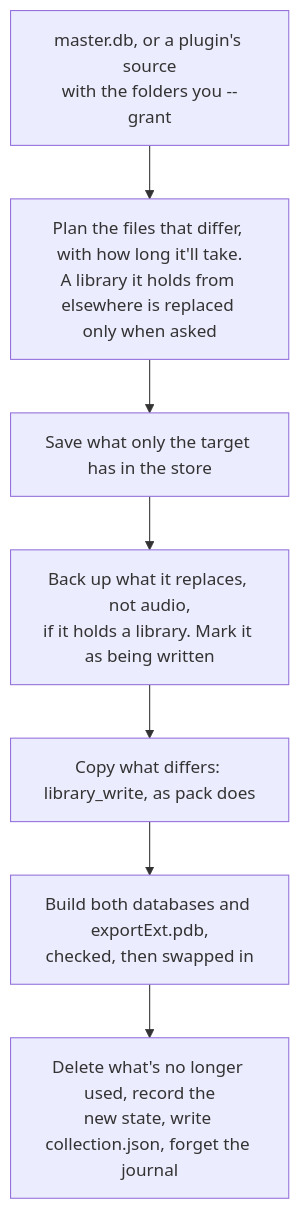
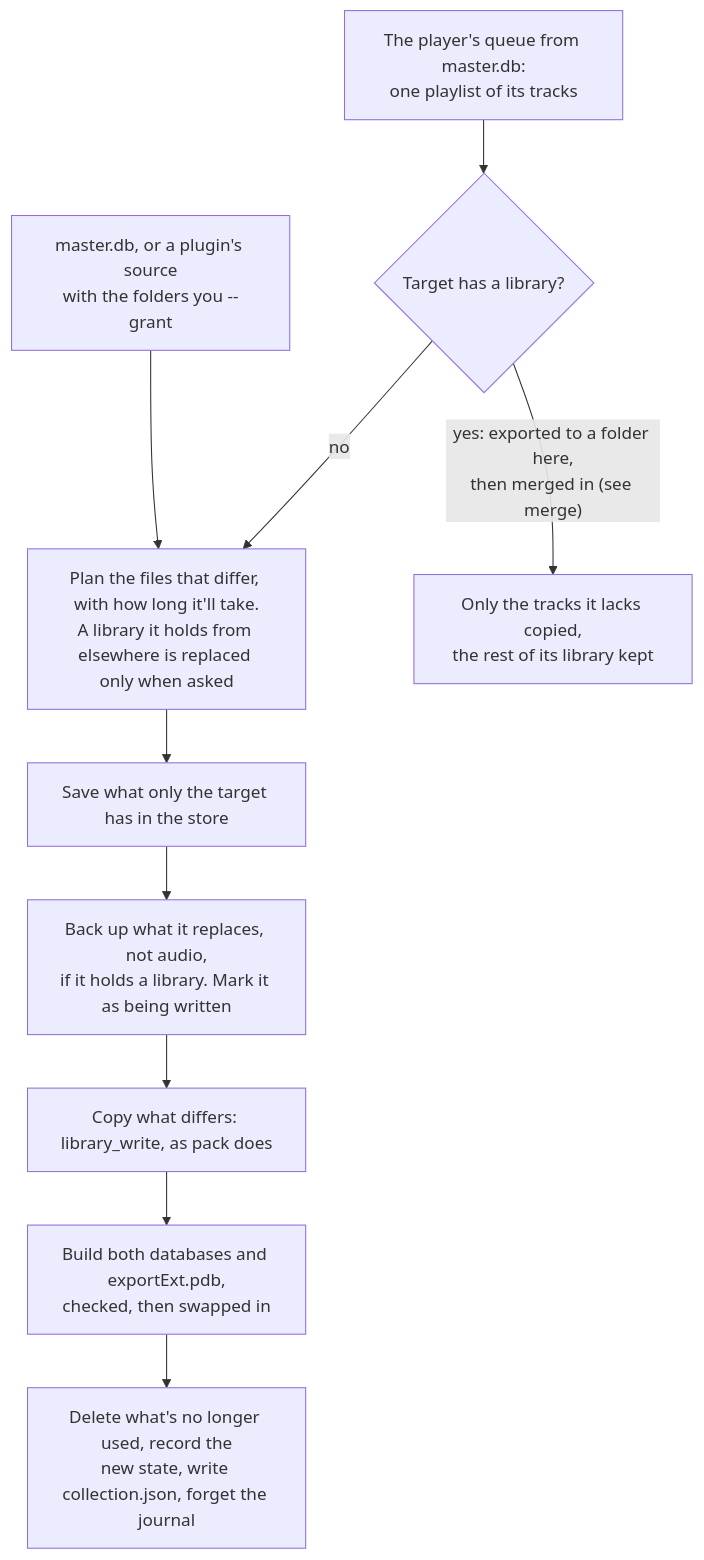
Before and after one commit to cutenode/localnetwork: the fifth of 10 diagrams in apps/locallibrary/docs/diagrams/data.md, drawn with Mermaid. The commit also changed 2 other files, not shown here.

Commit message:
docs(locallibrary): draw adding the collection's queue to a drive

````diff
--- a/apps/locallibrary/docs/diagrams/data.md
+++ b/apps/locallibrary/docs/diagrams/data.md
@@ -98,9 +98,12 @@
 ```mermaid
 flowchart TD
     source["master.db, or a plugin's source<br/>with the folders you --grant"] --> plan["Plan the files that differ, with how long it'll take.<br/>A library it holds from elsewhere is replaced only when asked"]
+    queue["The player's queue from master.db:<br/>one playlist of its tracks"] --> has{"Target has a library?"}
+    has -->|no| plan
+    has -->|"yes: exported to a folder here,<br/>then merged in (see merge)"| merged["Only the tracks it lacks copied,<br/>the rest of its library kept"]
     plan --> saved["Save what only the target has in the store"]
     saved --> backup["Back up what it replaces, not audio,<br/>if it holds a library. Mark it as being written"]
     backup --> copy["Copy what differs: library_write, as pack does"]
     copy --> build["Build both databases and exportExt.pdb,<br/>checked, then swapped in"]
     build --> delete["Delete what's no longer used, record the<br/>new state, write collection.json, forget the journal"]
 ```
````
